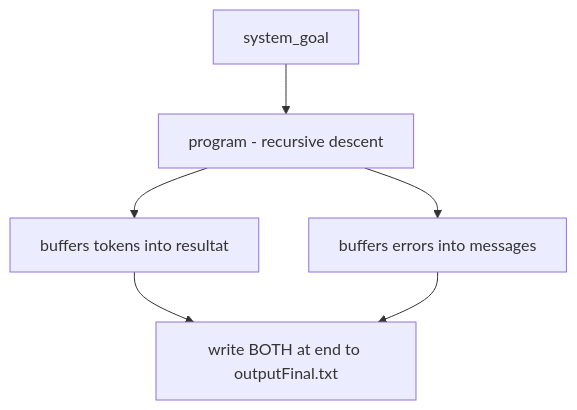
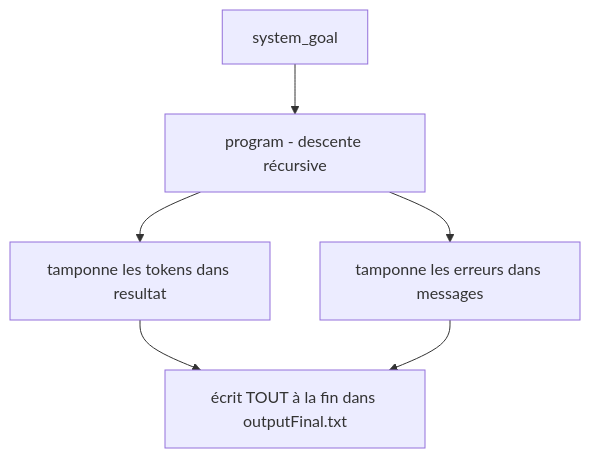
One commit to Saad-programmer/Compilation-TP2-1PASS changed the fourth of 5 diagrams in README.md. Above: the diagram before and after it, drawn with Mermaid. The commit also changed other lines of this file, not shown here.

````diff
--- a/README.md
+++ b/README.md
@@ -223,8 +223,8 @@
 ```mermaid
 flowchart TD
-    A[system_goal] --> B[program - recursive descent]
-    B --> C[buffers tokens into resultat]
-    B --> D[buffers errors into messages]
-    C --> E[write BOTH at end to outputFinal.txt]
+    A[system_goal] --> B[program - descente récursive]
+    B --> C[tamponne les tokens dans resultat]
+    B --> D[tamponne les erreurs dans messages]
+    C --> E[écrit TOUT à la fin dans outputFinal.txt]
     D --> E
 ```
````
